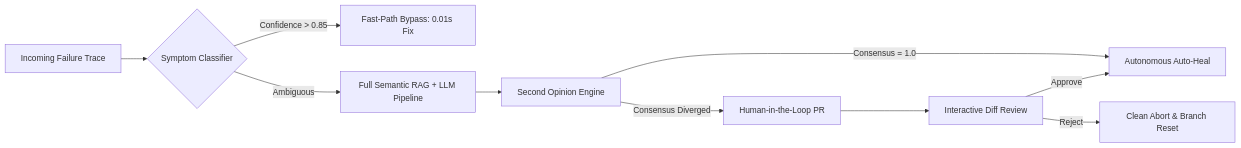
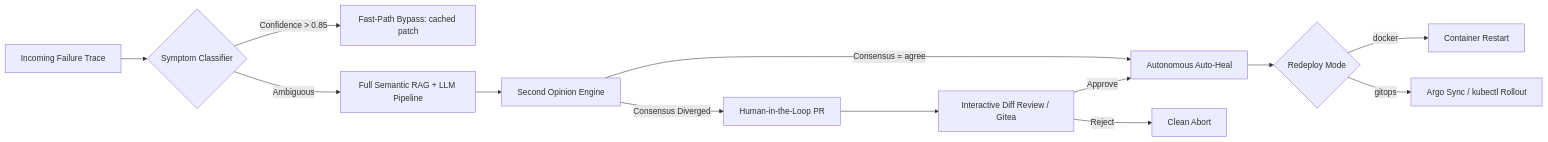
One commit to andrijajovanovic98/inception-of-wisdom changed the second of 2 diagrams in README.md. Above: the diagram before and after it, drawn with Mermaid. The commit also changed other lines of this file and 13 other files, not shown here.

````diff
--- a/README.md
+++ b/README.md
@@ -175,12 +185,15 @@
 ```mermaid
 graph LR
     A[Incoming Failure Trace] --> B{Symptom Classifier}
-    B -->|Confidence > 0.85| C[Fast-Path Bypass: 0.01s Fix]
+    B -->|Confidence > 0.85| C[Fast-Path Bypass: cached patch]
     B -->|Ambiguous| D[Full Semantic RAG + LLM Pipeline]
     D --> E[Second Opinion Engine]
-    E -->|Consensus = 1.0| F[Autonomous Auto-Heal]
+    E -->|Consensus = agree| F[Autonomous Auto-Heal]
     E -->|Consensus Diverged| G[Human-in-the-Loop PR]
-    G --> H[Interactive Diff Review]
+    G --> H[Interactive Diff Review / Gitea]
     H -->|Approve| F
-    H -->|Reject| I[Clean Abort & Branch Reset]
+    H -->|Reject| I[Clean Abort]
+    F --> J{Redeploy Mode}
+    J -->|docker| K[Container Restart]
+    J -->|gitops| L[Argo Sync / kubectl Rollout]
 ```
````
